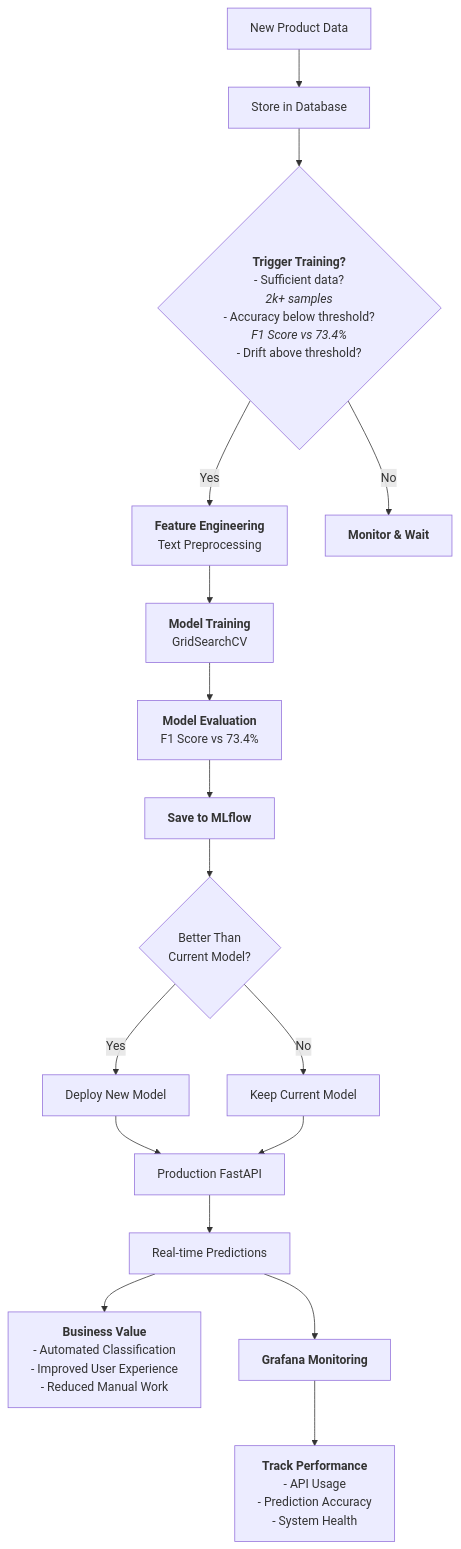
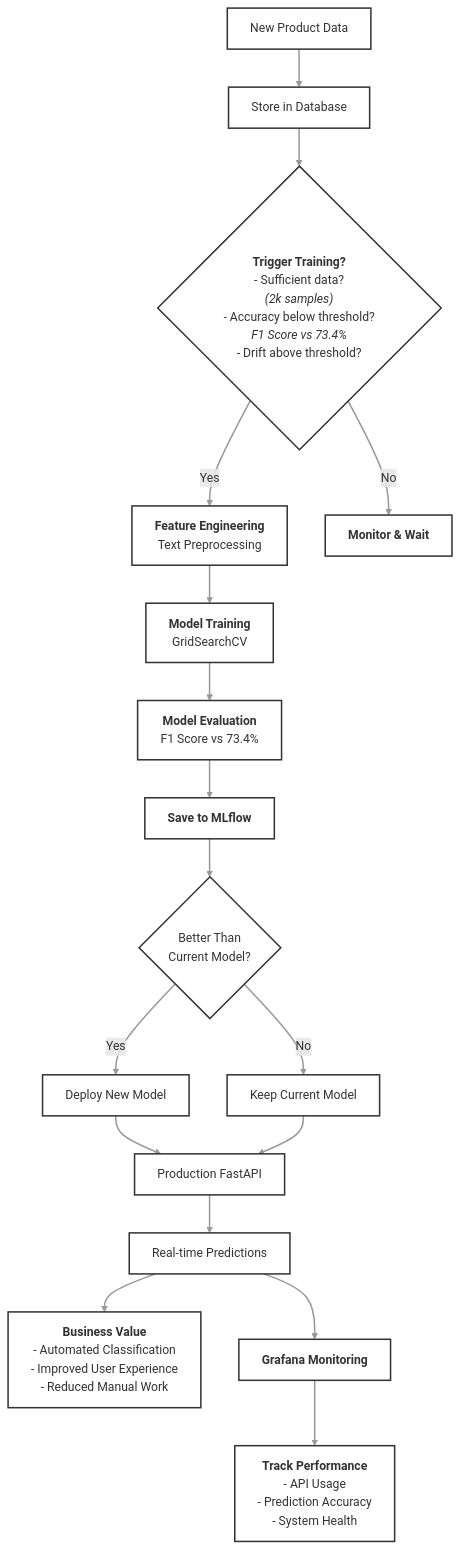
The diagram in containers/rakuten_st/flowcharts/rakuten_mlops_retraining.mermaid (Pockyee/rakuten_project), drawn with Mermaid before and after one commit.

Commit message:
fix(diagram): attempt without styling

```diff
--- a/containers/rakuten_st/flowcharts/rakuten_mlops_retraining.mermaid
+++ b/containers/rakuten_st/flowcharts/rakuten_mlops_retraining.mermaid
@@ -1,95 +1,103 @@
 graph TD
 
     %% RETRAINING NODES
 
     %% Data Ingestion [DI]
     Start[New Product Data]
     DataStorage[Store in Database]
     
     %% DI EDGE
     Start --> DataStorage
 
     
     %% Immediate Training Decision [ITD]
     TrainingTrigger{"`**Trigger Training?**
     - Sufficient data?
-    _2k+ samples_
+    _(2k samples)_
     - Accuracy below threshold?
     _F1 Score vs 73.4%_
     - Drift above threshold?`"}
 
     FeatureEngineering["`**Feature Engineering**
     Text Preprocessing`"]
 
     WaitingState["`**Monitor & Wait**`"]
 
     %% ITD EDGES
     DataStorage --> TrainingTrigger
     TrainingTrigger -- "Yes" --> FeatureEngineering
     TrainingTrigger -- "No" --> WaitingState
 
 
     %% Model Development Cycle [MDC]
 
     ModelTraining["`**Model Training**
     GridSearchCV`"]
 
     ModelEvaluation["`**Model Evaluation**
     F1 Score vs 73.4%`"]
     
     ModelRegistry["`**Save to MLflow**`"]
 
     %% MDC EDGES
     FeatureEngineering --> ModelTraining
     ModelTraining --> ModelEvaluation
     ModelEvaluation --> ModelRegistry
 
 
     %% Deployment Decision [DD]
     
-    DeploymentDecision{"`Better Than
-    Current Model?`"}
+    DeploymentDecision{"Better Than
+    Current Model?"}
     
-    ModelDeployment["`Deploy New Model`"]
+    ModelDeployment["Deploy New Model"]
     
-    KeepCurrent["`Keep Current Model`"]
+    KeepCurrent["Keep Current Model"]
 
     %% DD EDGES
     ModelRegistry --> DeploymentDecision
     DeploymentDecision -- "Yes" --> ModelDeployment
     DeploymentDecision -- "No" --> KeepCurrent
 
 
     %% REAL-TIME SERVING [RTS]
-    ProductionAPI["`Production FastAPI`"]
-    RealTimePredictions["`Real-time Predictions`"]
+    ProductionAPI["Production FastAPI"]
+    RealTimePredictions["Real-time Predictions"]
 
     %% RTS EDGES
     ModelDeployment --> ProductionAPI
     KeepCurrent --> ProductionAPI
     ProductionAPI --> RealTimePredictions
 
 
     %% Business Value [BV]
     BusinessValue["`**Business Value**
     - Automated Classification
     - Improved User Experience
     - Reduced Manual Work`"]
     
     %% BV EDGE
     RealTimePredictions --> BusinessValue
 
 
     %% Monitoring and Triggering [MaT]
 
     MonitoringDashboard["`**Grafana Monitoring**`"]
 
     PerformanceMetrics["`**Track Performance**
     - API Usage
     - Prediction Accuracy
     - System Health`"]
 
 
     %% MaT EDGES
     RealTimePredictions --> MonitoringDashboard
     MonitoringDashboard --> PerformanceMetrics
+
+
+    %% STYLING
+    %% Apply default styles to ALL nodes
+    classDef default fill:#FFF,stroke:#333,stroke-width:2px;
+
+    %% Apply default styles to ALL edges
+    linkStyle default stroke:#999,stroke-width:2px,fill:none;
```
